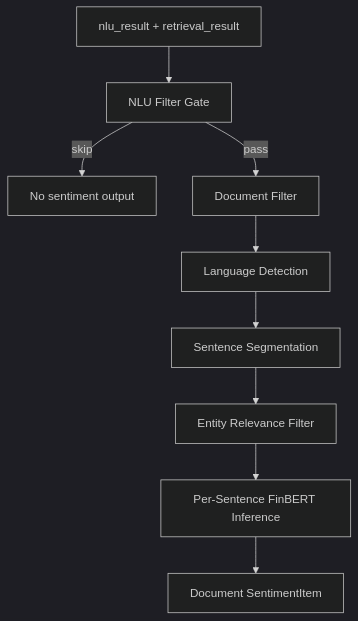
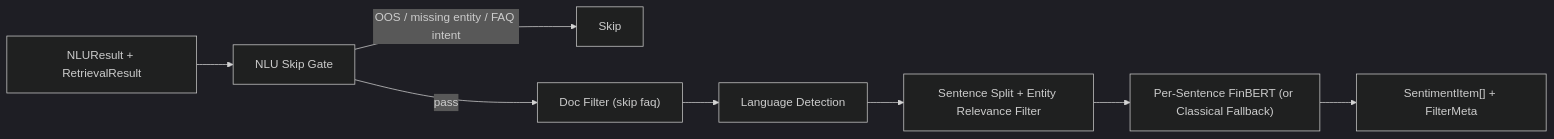
The diagram in docs/sentiment.md (beautifulrem/FinSight), drawn with Mermaid (dark theme) before and after one commit. The commit also changed other lines of this file and 54 other files, not shown here.

````diff
--- a/docs/sentiment.md
+++ b/docs/sentiment.md
@@ -22,11 +9,10 @@
 ```mermaid
-flowchart TD
-  A["nlu_result + retrieval_result"] --> B["NLU Filter Gate"]
-  B -- skip --> C["No sentiment output"]
-  B -- pass --> D["Document Filter"]
-  D --> E["Language Detection"]
-  E --> F["Sentence Segmentation"]
-  F --> G["Entity Relevance Filter"]
-  G --> H["Per-Sentence FinBERT Inference"]
-  H --> I["Document SentimentItem"]
+flowchart LR
+  IN["NLUResult + RetrievalResult"] --> GATE["NLU Skip Gate"]
+  GATE -->|OOS / missing entity / FAQ intent| SKIP["Skip"]
+  GATE -->|pass| DOC["Doc Filter (skip faq)"]
+  DOC --> LANG["Language Detection"]
+  LANG --> SENT["Sentence Split + Entity Relevance Filter"]
+  SENT --> INF["Per-Sentence FinBERT (or Classical Fallback)"]
+  INF --> OUT["SentimentItem[] + FilterMeta"]
 ```
````
